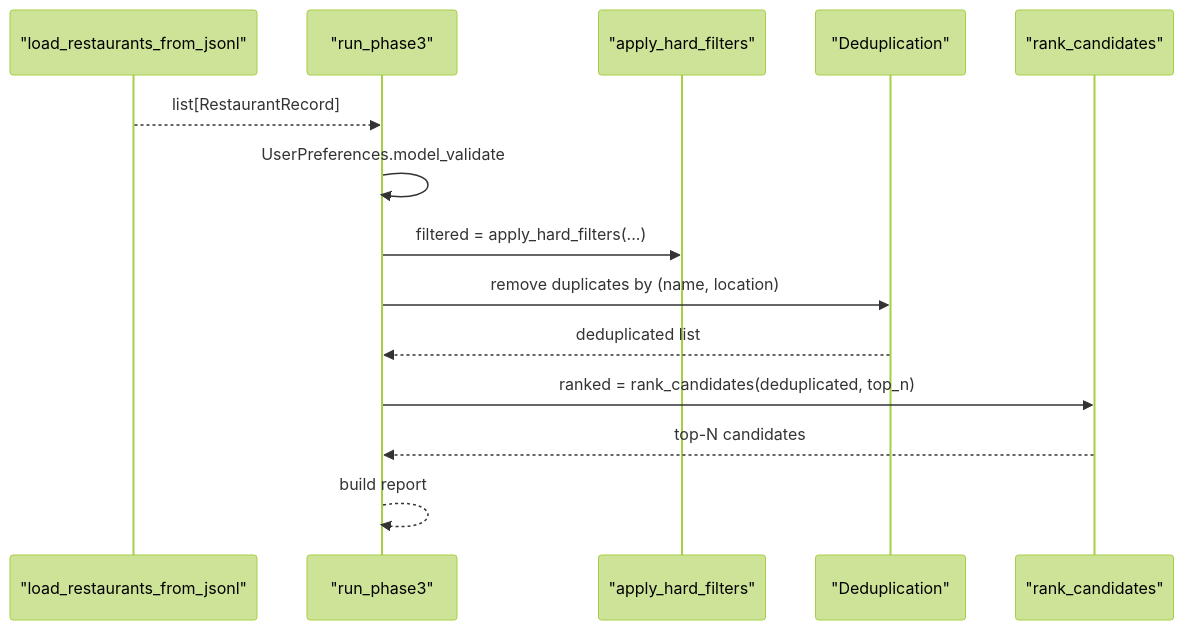
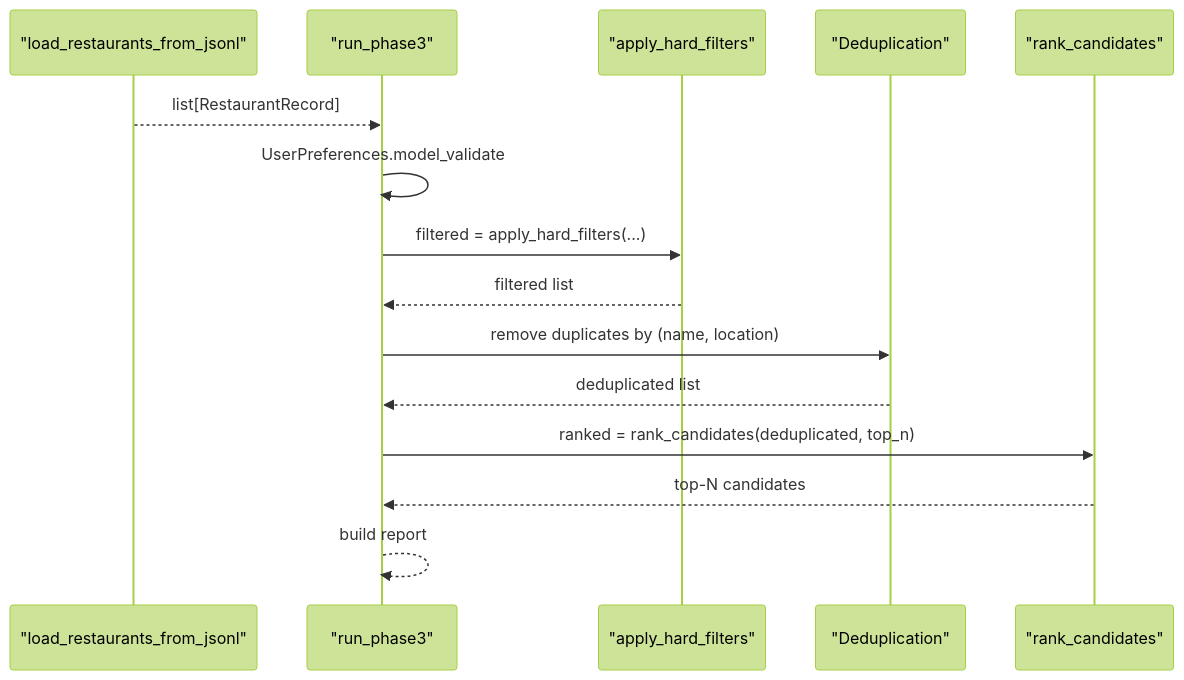
The sixth of 8 diagrams in .qoder/repowiki/en/content/Phase 3_ Candidate Retrieval/Phase 3_ Candidate Retrieval.md (ishpreetsingh252003/Zomato), drawn with Mermaid (forest theme) before and after one commit. The commit also changed other lines of this file and 48 other files, not shown here.

````diff
--- a/.qoder/repowiki/en/content/Phase 3_ Candidate Retrieval/Phase 3_ Candidate Retrieval.md
+++ b/.qoder/repowiki/en/content/Phase 3_ Candidate Retrieval/Phase 3_ Candidate Retrieval.md
@@ -226,16 +263,17 @@
 ```mermaid
 sequenceDiagram
 participant Loader as "load_restaurants_from_jsonl"
 participant Runner as "run_phase3"
 participant Filter as "apply_hard_filters"
 participant Dedup as "Deduplication"
 participant Rank as "rank_candidates"
 Loader-->>Runner : list[RestaurantRecord]
 Runner->>Runner : UserPreferences.model_validate
 Runner->>Filter : filtered = apply_hard_filters(...)
+Filter-->>Runner : filtered list
 Runner->>Dedup : remove duplicates by (name, location)
 Dedup-->>Runner : deduplicated list
 Runner->>Rank : ranked = rank_candidates(deduplicated, top_n)
 Rank-->>Runner : top-N candidates
 Runner-->>Runner : build report
 ```
````
